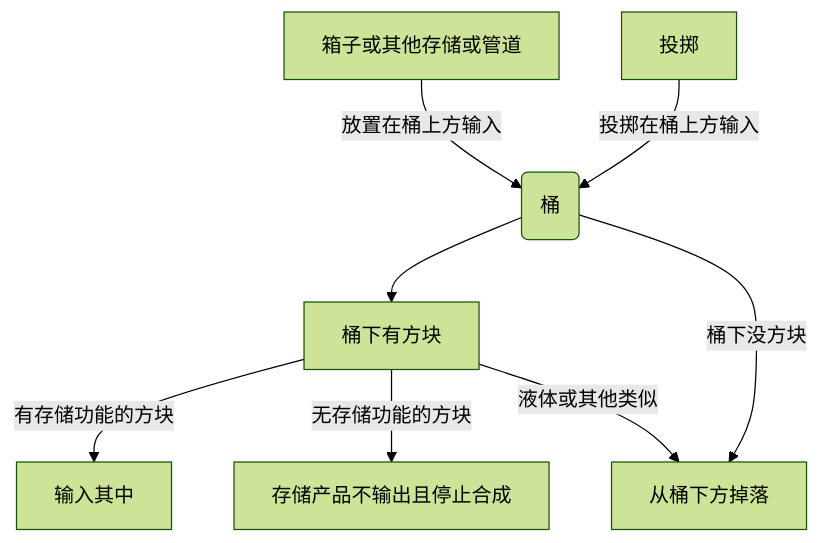
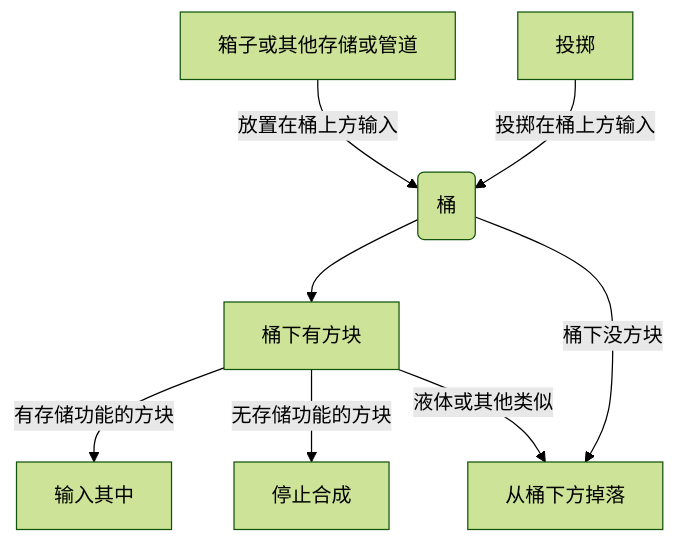
The second of 3 diagrams in README.md (GoodTimeStudio/Bruaket), drawn with Mermaid (forest theme) before and after one commit. The commit also changed other lines of this file, not shown here.

````diff
--- a/README.md
+++ b/README.md
@@ -27,10 +27,10 @@
 ```mermaid
 graph TD
 xz[箱子或其他存储或管道] -->|放置在桶上方输入|to(桶)
 tz[投掷] -->|投掷在桶上方输入|to
 to -->tx[桶下有方块]
 to -->|桶下没方块|kb[从桶下方掉落]
 tx -->|有存储功能的方块|cc[输入其中]
-tx -->|无存储功能的方块|tj[存储产品不输出且停止合成]
+tx -->|无存储功能的方块|tj[停止合成]
 tx -->|液体或其他类似|kb
 ```
````
